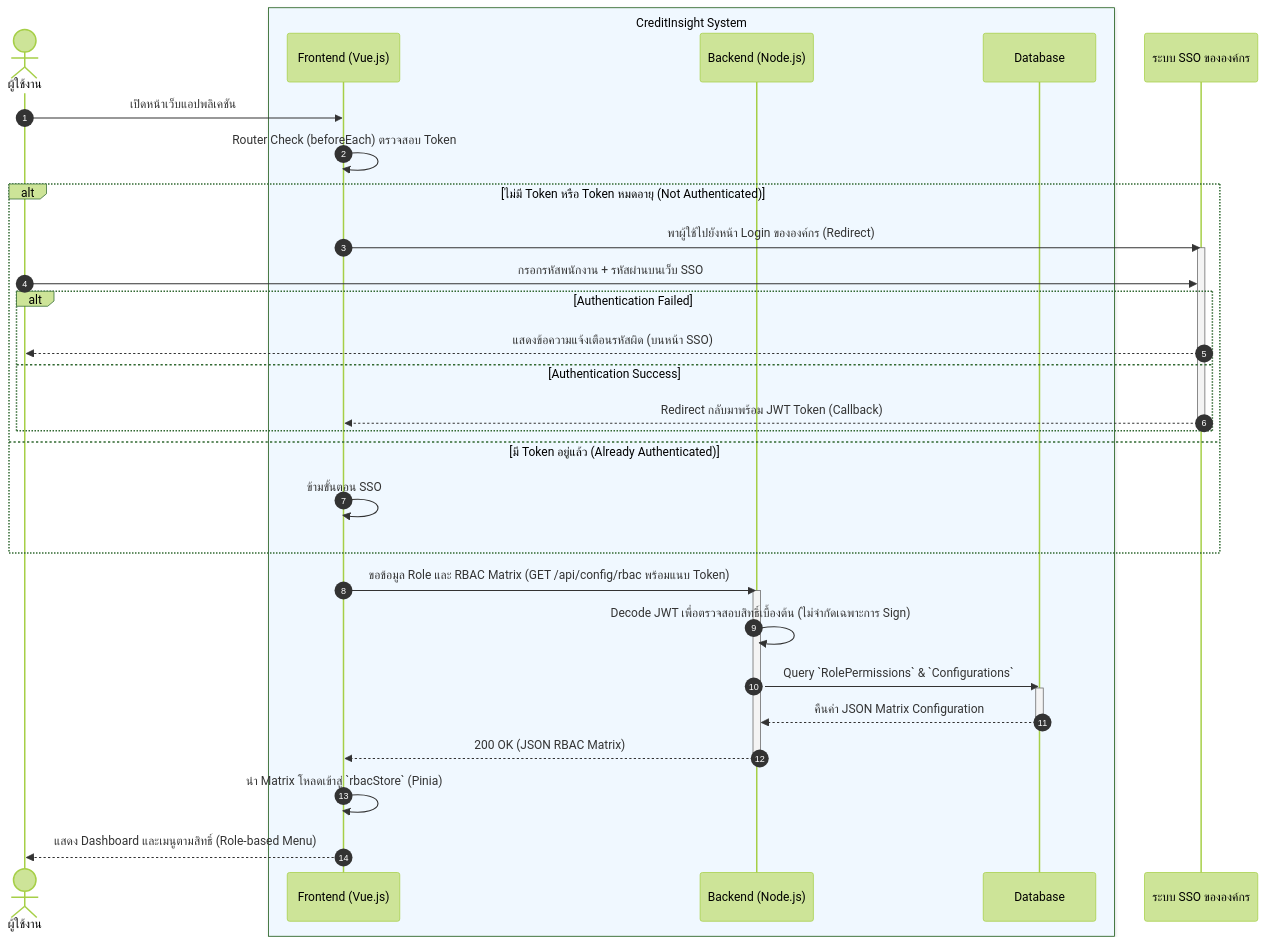
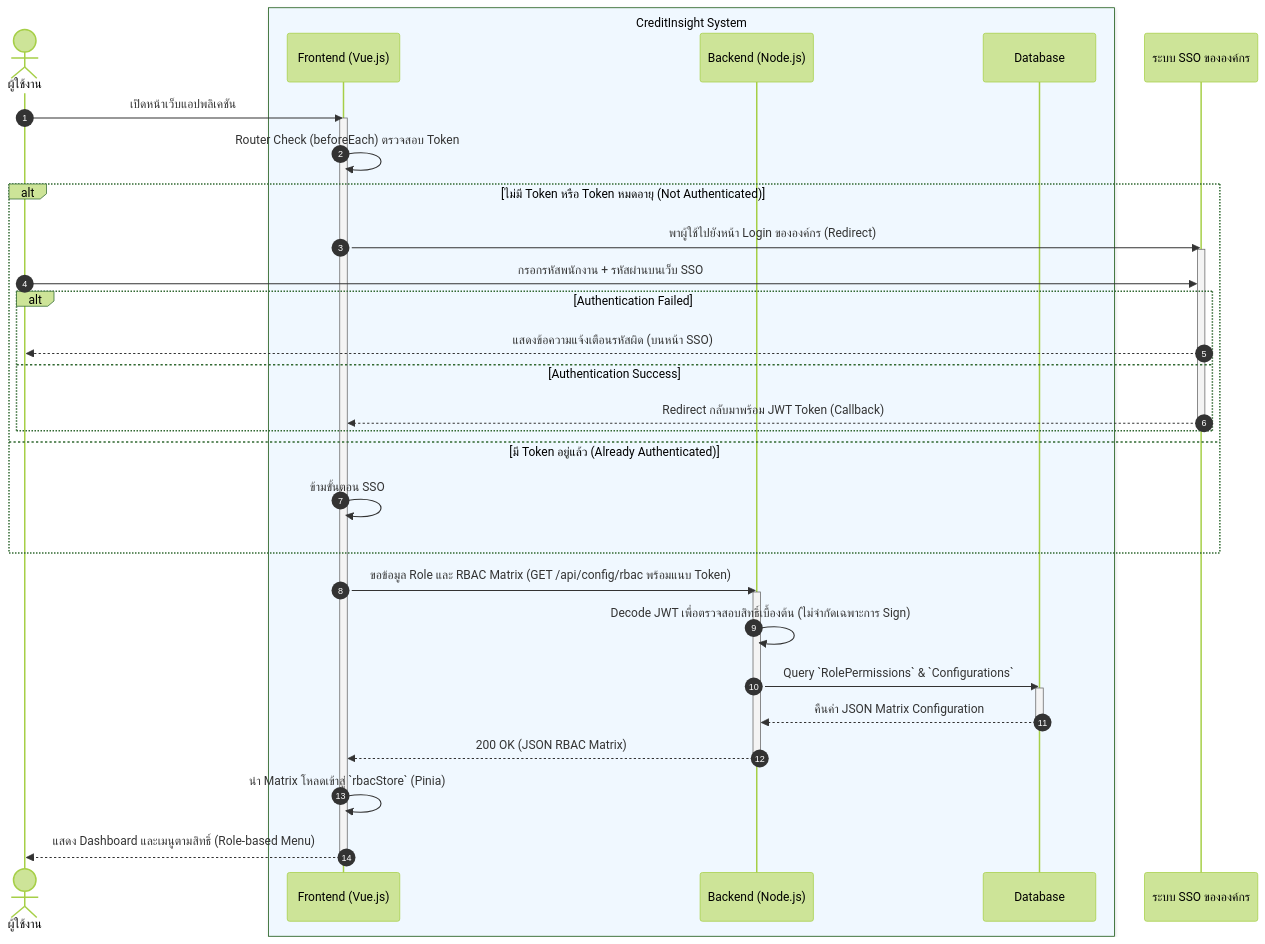
Before and after one commit to JinnawatJid/iNsightDocs: the first of 3 diagrams in docs/presentations/sequence_diagram.md, drawn with Mermaid (forest theme). The commit also changed other lines of this file, not shown here.

First line of the commit message:
docs(sequence): add activation boxes to mermaid diagrams

````diff
--- a/docs/presentations/sequence_diagram.md
+++ b/docs/presentations/sequence_diagram.md
@@ -17,46 +17,48 @@
 ```mermaid
 sequenceDiagram
     autonumber
     actor User as ผู้ใช้งาน
 
     box rgb(240, 248, 255) CreditInsight System
         participant Vue as Frontend (Vue.js)
         participant API as Backend (Node.js)
         participant DB as Database
     end
 
     participant SSO as ระบบ SSO ขององค์กร
 
     User->>Vue: เปิดหน้าเว็บแอปพลิเคชัน
+    activate Vue
     Vue->>Vue: Router Check (beforeEach) ตรวจสอบ Token
 
     alt ไม่มี Token หรือ Token หมดอายุ (Not Authenticated)
         Vue->>SSO: พาผู้ใช้ไปยังหน้า Login ขององค์กร (Redirect)
         activate SSO
 
         User->>SSO: กรอกรหัสพนักงาน + รหัสผ่านบนเว็บ SSO
 
         alt Authentication Failed
             SSO-->>User: แสดงข้อความแจ้งเตือนรหัสผิด (บนหน้า SSO)
         else Authentication Success
             SSO-->>Vue: Redirect กลับมาพร้อม JWT Token (Callback)
             deactivate SSO
         end
     else มี Token อยู่แล้ว (Already Authenticated)
         Vue->>Vue: ข้ามขั้นตอน SSO
     end
 
     %% Proceed to RBAC Loading regardless of whether token came from SSO or cache
     Vue->>API: ขอข้อมูล Role และ RBAC Matrix (GET /api/config/rbac พร้อมแนบ Token)
     activate API
     API->>API: Decode JWT เพื่อตรวจสอบสิทธิ์เบื้องต้น (ไม่จำกัดเฉพาะการ Sign)
     API->>DB: Query `RolePermissions` & `Configurations`
     activate DB
     DB-->>API: คืนค่า JSON Matrix Configuration
     deactivate DB
     API-->>Vue: 200 OK (JSON RBAC Matrix)
     deactivate API
 
     Vue->>Vue: นำ Matrix โหลดเข้าสู่ `rbacStore` (Pinia)
     Vue-->>User: แสดง Dashboard และเมนูตามสิทธิ์ (Role-based Menu)
+    deactivate Vue
 ```
````
